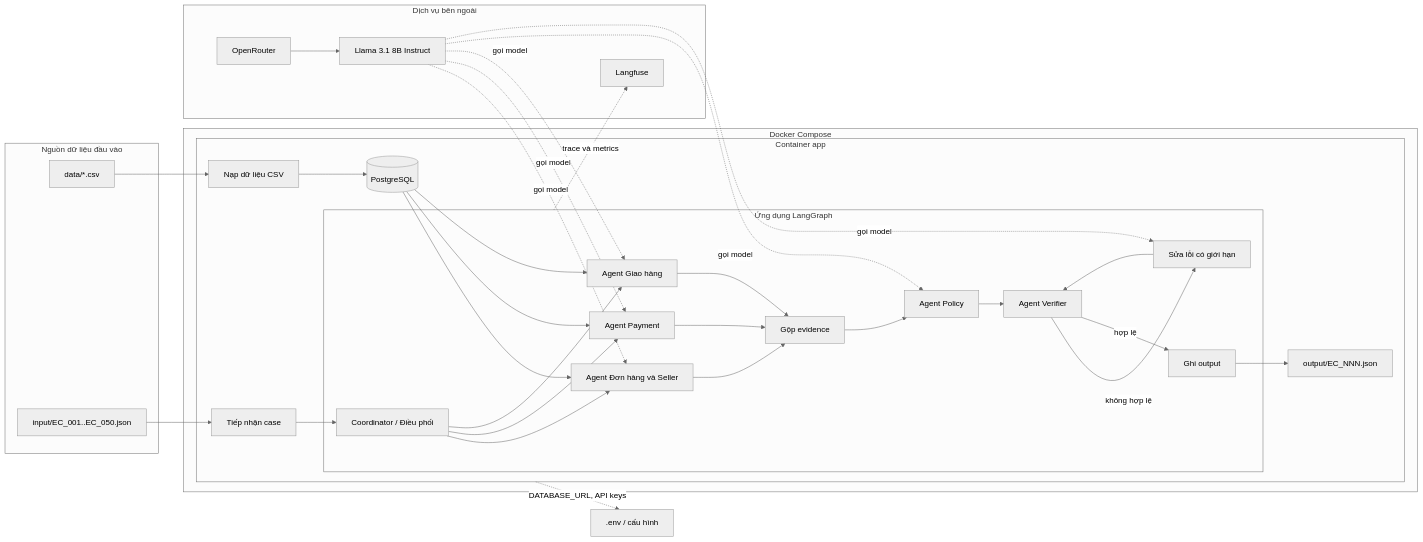
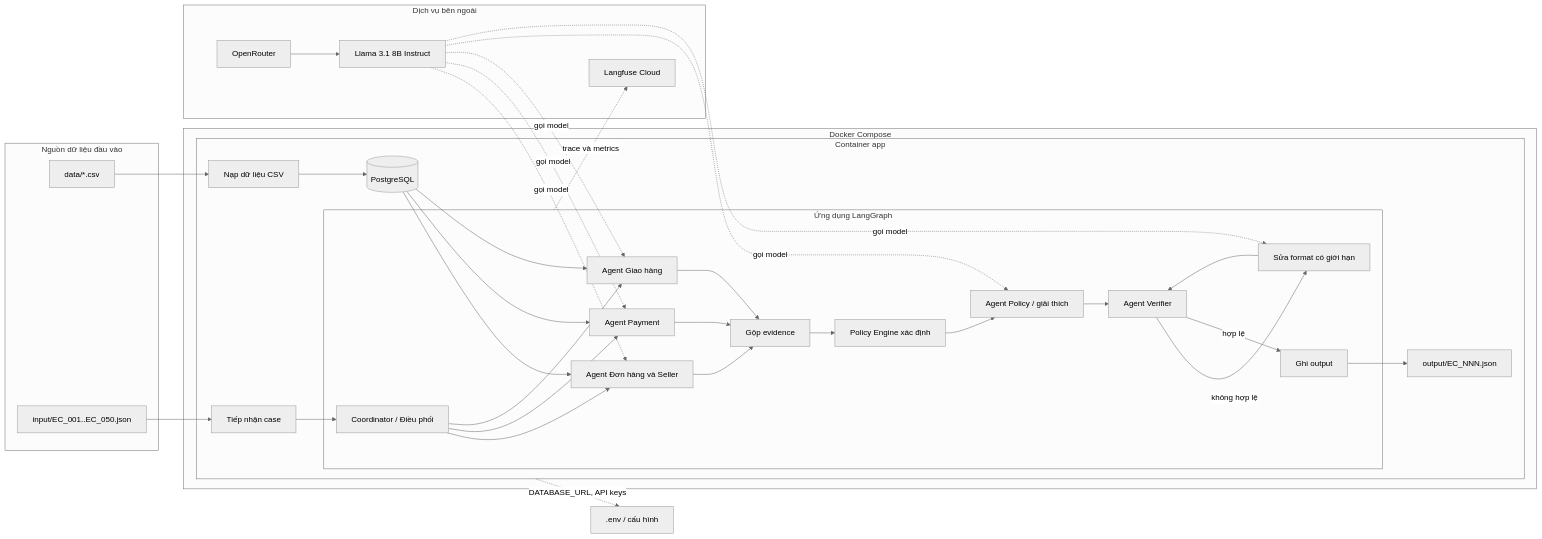
Before and after one commit to sury2k4/K3-Day9-Multi-Agent-A2A-Genius: the first of 2 diagrams in architecture.md, drawn with Mermaid (neutral theme). The commit also changed other lines of this file, not shown here.

Commit message:
Complete architecture

````diff
--- a/architecture.md
+++ b/architecture.md
@@ -40,62 +46,63 @@
 ```mermaid
 flowchart LR
     subgraph Sources[Nguồn dữ liệu đầu vào]
         CSV[data/*.csv]
         Cases[input/EC_001..EC_050.json]
     end
 
     subgraph Compose[Docker Compose]
         PG[(PostgreSQL)]
 
         subgraph App[Container app]
             Ingest[Nạp dữ liệu CSV]
             Intake[Tiếp nhận case]
 
             subgraph Graph[Ứng dụng LangGraph]
                 Coordinator[Coordinator / Điều phối]
                 OrderAgent[Agent Đơn hàng và Seller]
                 PaymentAgent[Agent Payment]
                 DeliveryAgent[Agent Giao hàng]
                 Join[Gộp evidence]
-                Policy[Agent Policy]
+                PolicyEngine[Policy Engine xác định]
+                Policy[Agent Policy / giải thích]
                 Verify[Agent Verifier]
-                Repair[Sửa lỗi có giới hạn]
+                Repair[Sửa format có giới hạn]
                 Writer[Ghi output]
 
                 Coordinator --> OrderAgent
                 Coordinator --> PaymentAgent
                 Coordinator --> DeliveryAgent
                 OrderAgent --> Join
                 PaymentAgent --> Join
                 DeliveryAgent --> Join
-                Join --> Policy --> Verify
+                Join --> PolicyEngine --> Policy --> Verify
                 Verify -->|không hợp lệ| Repair --> Verify
                 Verify -->|hợp lệ| Writer
             end
 
             Ingest --> PG
             Intake --> Coordinator
             Writer --> Output[output/EC_NNN.json]
         end
     end
 
     subgraph External[Dịch vụ bên ngoài]
         OpenRouter[OpenRouter]
         Llama[Llama 3.1 8B Instruct]
-        Langfuse[Langfuse]
+        Langfuse[Langfuse Cloud]
     end
 
     CSV --> Ingest
     Cases --> Intake
     PG --> OrderAgent
     PG --> PaymentAgent
     PG --> DeliveryAgent
     OpenRouter --> Llama
     Llama -. gọi model .-> OrderAgent
     Llama -. gọi model .-> PaymentAgent
     Llama -. gọi model .-> DeliveryAgent
     Llama -. gọi model .-> Policy
     Llama -. gọi model .-> Repair
     Graph -. trace và metrics .-> Langfuse
     App -. DATABASE_URL, API keys .-> Env[.env / cấu hình]
 ```
````
